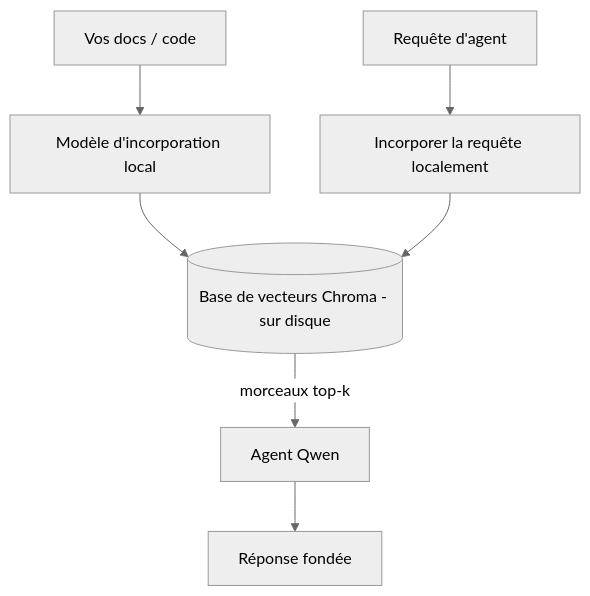
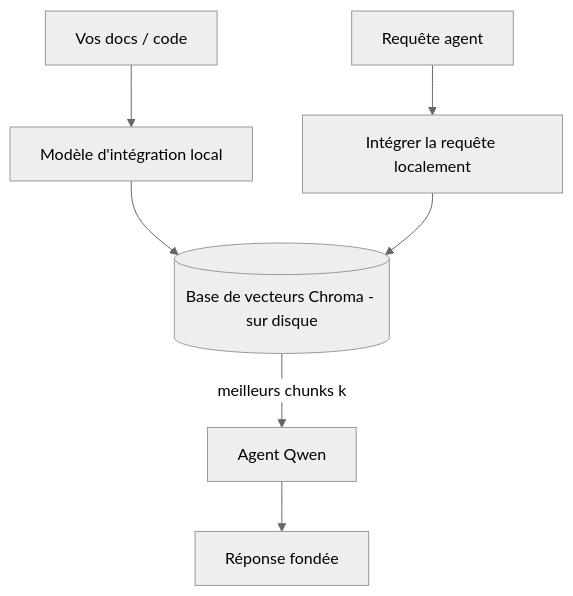
The third of 4 diagrams in mirrors/repos/microsoft@ai-agents-for-beginners/translations/fr/17-creating-local-ai-agents/README.md (gabrielmoreira/agent-skills-mirror), drawn with Mermaid (neutral theme) before and after one commit. The commit also changed other lines of this file and 4262 other files, not shown here.

````diff
--- a/mirrors/repos/microsoft@ai-agents-for-beginners/translations/fr/17-creating-local-ai-agents/README.md
+++ b/mirrors/repos/microsoft@ai-agents-for-beginners/translations/fr/17-creating-local-ai-agents/README.md
@@ -125,9 +125,9 @@
 ```mermaid
 flowchart TB
-    D[Vos docs / code] --> E[Modèle d'incorporation local]
+    D[Vos docs / code] --> E[Modèle d'intégration local]
     E --> V[(Base de vecteurs Chroma - sur disque)]
-    Q[Requête d'agent] --> QE[Incorporer la requête localement]
+    Q[Requête agent] --> QE[Intégrer la requête localement]
     QE --> V
-    V -->|morceaux top-k| A[Agent Qwen]
+    V -->|meilleurs chunks k| A[Agent Qwen]
     A --> Ans[Réponse fondée]
 ```
````
